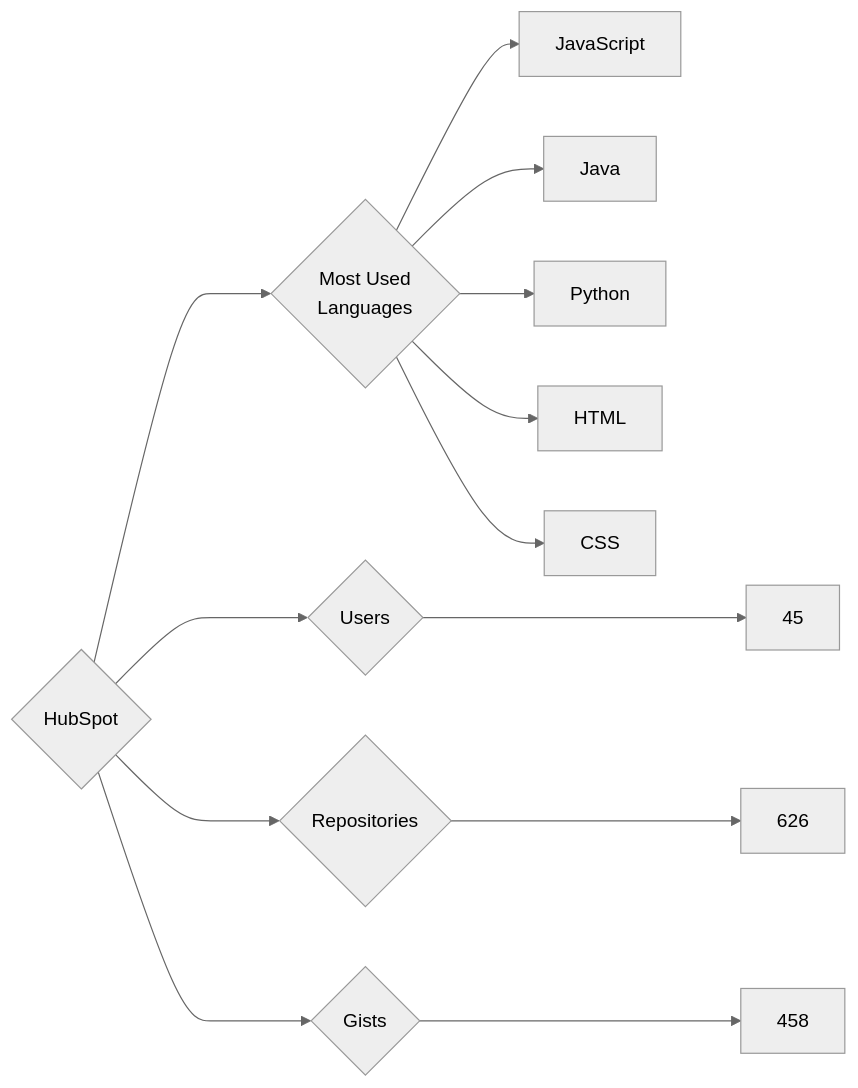
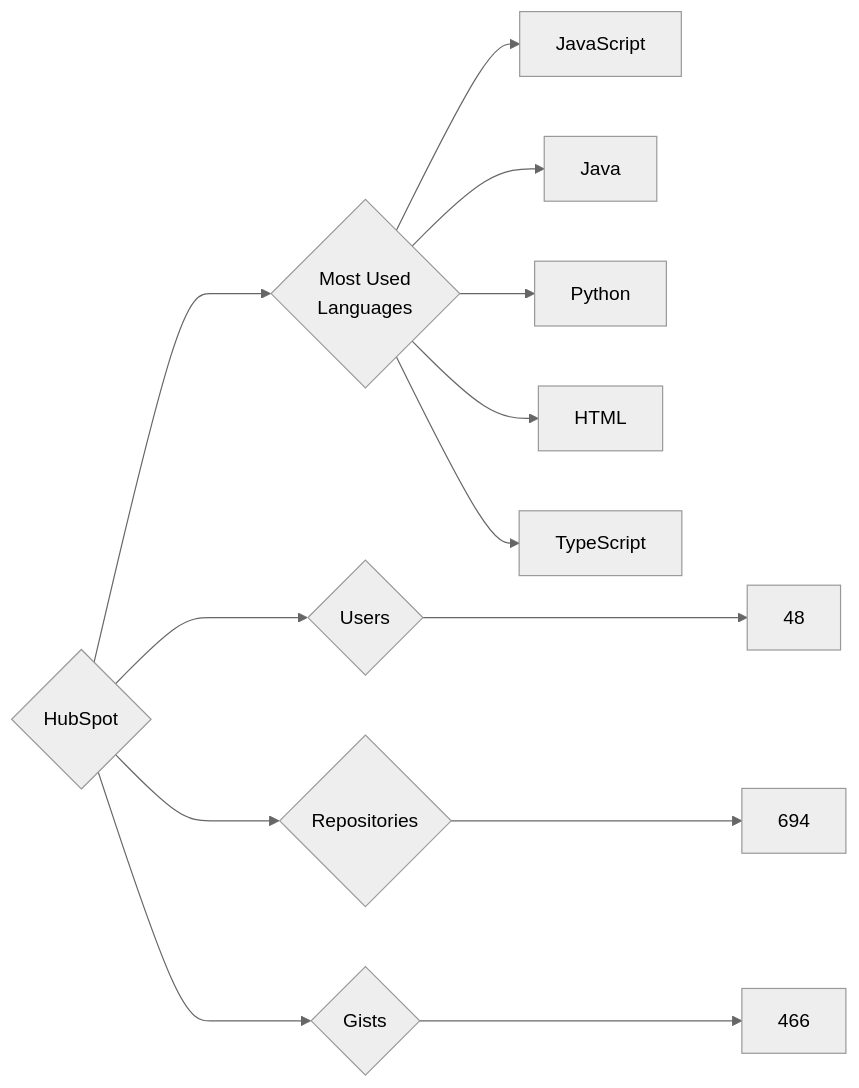
The diagram in targets/HubSpot/README.md (trickest/insiders), drawn with Mermaid (neutral theme) before and after one commit. The commit also changed 748 other files, not shown here.

````diff
--- a/targets/HubSpot/README.md
+++ b/targets/HubSpot/README.md
@@ -3,13 +3,13 @@
 ```mermaid
 graph LR
 COMPANY_NAME{HubSpot}
-COMPANY_NAME ---> U{Users} ---> UN[45]
-COMPANY_NAME ---> R{Repositories} ---> RN[626]
-COMPANY_NAME ---> G{Gists} ---> GN[458]
+COMPANY_NAME ---> U{Users} ---> UN[48]
+COMPANY_NAME ---> R{Repositories} ---> RN[694]
+COMPANY_NAME ---> G{Gists} ---> GN[466]
 COMPANY_NAME ---> ML{Most Used<br>Languages}
 ML --> JavaScript[JavaScript]
 ML --> Java[Java]
 ML --> Python[Python]
 ML --> HTML[HTML]
-ML --> CSS[CSS]
+ML --> TypeScript[TypeScript]
 ```
````
